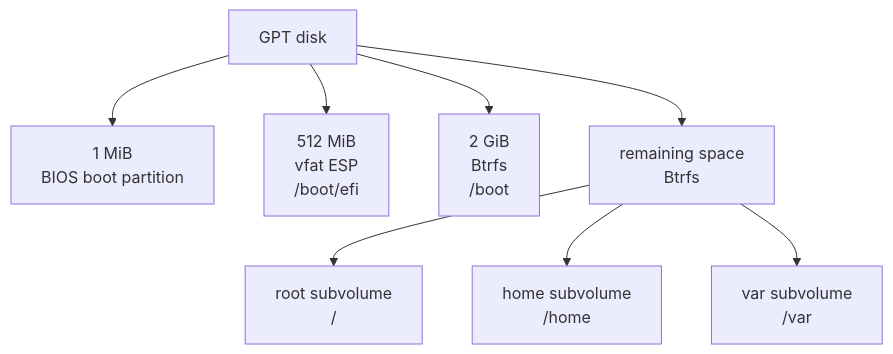
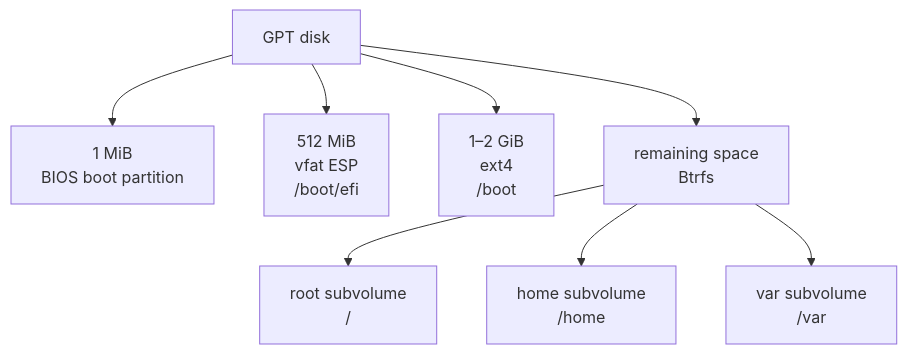
The eighth of 14 diagrams in ARCHITECTURE.md (luminusOS/images), drawn with Mermaid before and after one commit. The commit also changed other lines of this file and 80 other files, not shown here.

````diff
--- a/ARCHITECTURE.md
+++ b/ARCHITECTURE.md
@@ -409,19 +420,19 @@
 ```mermaid
 flowchart TD
     Disk["GPT disk"]
     BIOS["1 MiB<br/>BIOS boot partition"]
     ESP["512 MiB<br/>vfat ESP<br/>/boot/efi"]
-    Boot["2 GiB<br/>Btrfs<br/>/boot"]
+    Boot["1–2 GiB<br/>ext4<br/>/boot"]
     Root["remaining space<br/>Btrfs"]
     RootSubvol["root subvolume<br/>/"]
     HomeSubvol["home subvolume<br/>/home"]
     VarSubvol["var subvolume<br/>/var"]
 
     Disk --> BIOS
     Disk --> ESP
     Disk --> Boot
     Disk --> Root
     Root --> RootSubvol
     Root --> HomeSubvol
     Root --> VarSubvol
 ```
````
